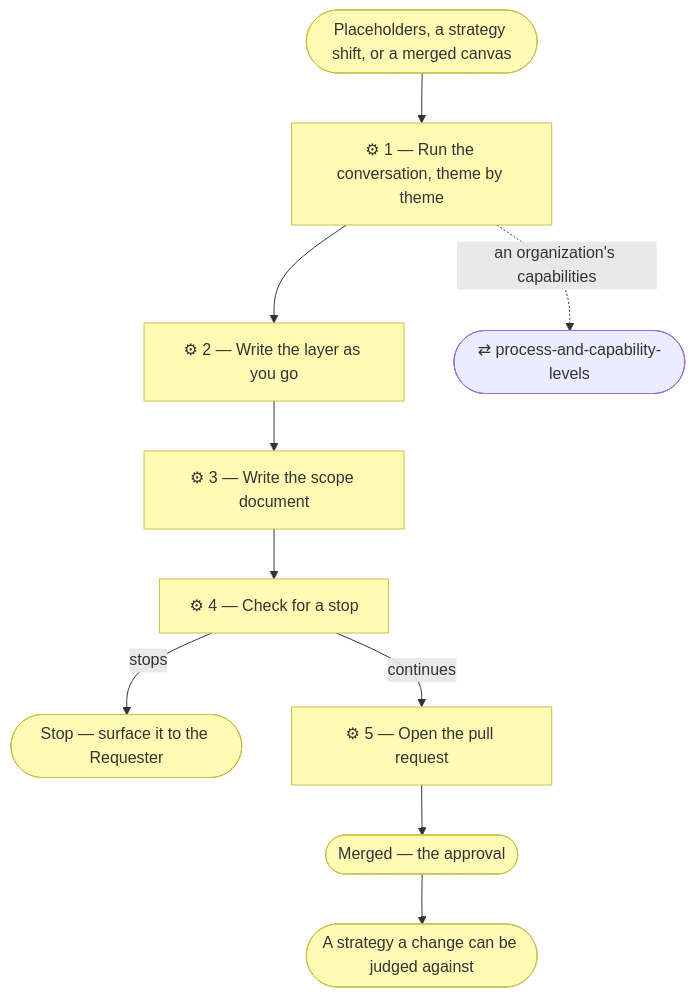
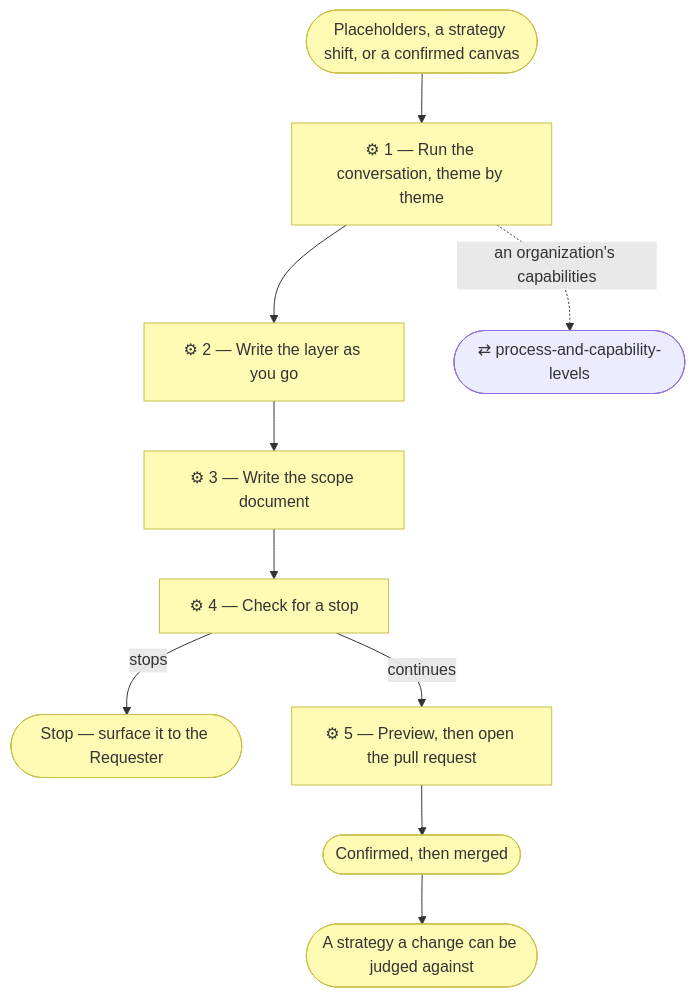
Before and after one commit to roanboc/archreator: the diagram in plugins/archreator/skills/discover-strategy/SKILL.md, drawn with Mermaid. The commit also changed other lines of this file and 47 other files, not shown here.

````diff
--- a/plugins/archreator/skills/discover-strategy/SKILL.md
+++ b/plugins/archreator/skills/discover-strategy/SKILL.md
@@ -41,21 +42,21 @@
 ```mermaid
 flowchart TD
-  trig(["Placeholders, a strategy shift, or a merged canvas"])
+  trig(["Placeholders, a strategy shift, or a confirmed canvas"])
   s1["⚙ 1 — Run the conversation, theme by theme"]
   s2["⚙ 2 — Write the layer as you go"]
   s3["⚙ 3 — Write the scope document"]
   s4["⚙ 4 — Check for a stop"]
   stop(["Stop — surface it to the Requester"])
-  s5["⚙ 5 — Open the pull request"]
-  merged(["Merged — the approval"])
+  s5["⚙ 5 — Preview, then open the pull request"]
+  merged(["Confirmed, then merged"])
   pcl(["⇄ process-and-capability-levels"])
   out(["A strategy a change can be judged against"])
 
   trig --> s1 --> s2 --> s3 --> s4
   s1 -. an organization's capabilities .-> pcl
   s4 -->|stops| stop
   s4 -->|continues| s5 --> merged --> out
 
   classDef business fill:#fffbb5,stroke:#c8c04a,color:#333
   class s1,s2,s3,s4,s5,trig,merged,stop,out business
 ```
````
